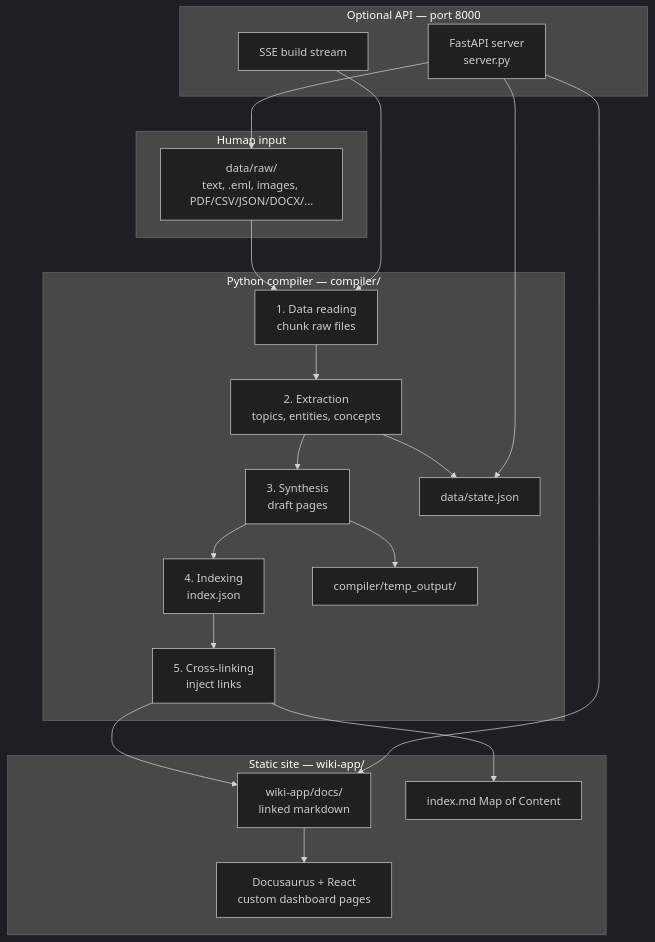
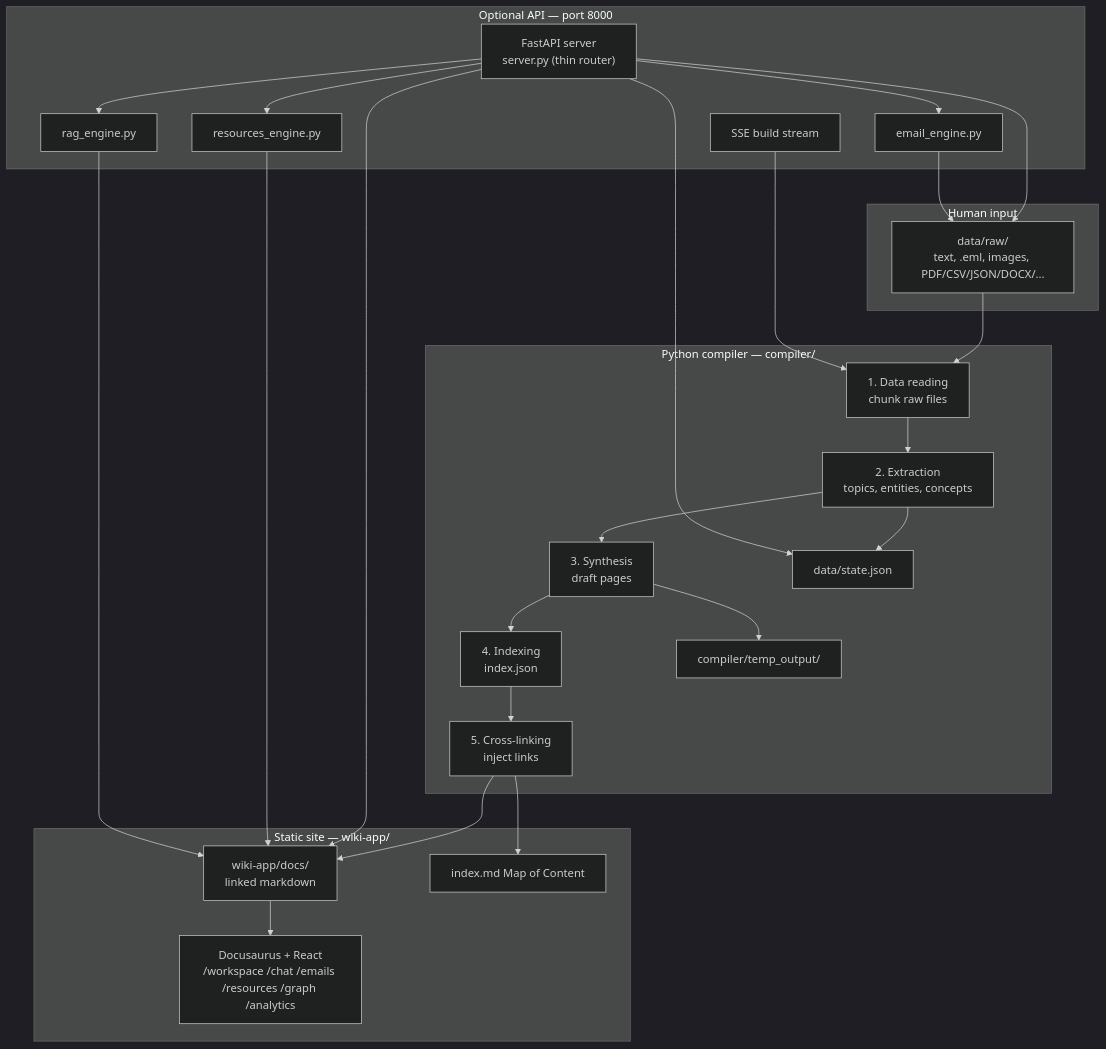
The diagram in README.md (navidfalah/wiki), drawn with Mermaid (dark theme) before and after one commit. The commit also changed other lines of this file, not shown here.

Commit message:
Reflect email/resources/chat engines in the README overview and architecture diagram
The API/routes tables were already updated when the engines landed; this
fills in the parts that were still describing the pre-engine architecture:
the project overview paragraph, the mermaid diagram (now shows
email_engine.py/resources_engine.py/rag_engine.py and the /chat /emails
/resources routes), the layer table, and the quick-start pointer to the new
dashboard pages.

Claude-Session: https://claude.ai/code/session_019VQw3mDkUE4uSzxzLrF5Kw

````diff
--- a/README.md
+++ b/README.md
@@ -35,39 +37,48 @@
 ```mermaid
 flowchart TB
     subgraph input [Human input]
         RAW["data/raw/<br/>text, .eml, images, PDF/CSV/JSON/DOCX/..."]
     end
 
     subgraph compiler [Python compiler — compiler/]
         S1["1. Data reading<br/>chunk raw files"]
         S2["2. Extraction<br/>topics, entities, concepts"]
         S3["3. Synthesis<br/>draft pages"]
         S4["4. Indexing<br/>index.json"]
         S5["5. Cross-linking<br/>inject links"]
         TEMP["compiler/temp_output/"]
         STATE["data/state.json"]
         S1 --> S2 --> S3 --> S4 --> S5
         S3 --> TEMP
         S2 --> STATE
     end
 
     subgraph output [Static site — wiki-app/]
         DOCS["wiki-app/docs/<br/>linked markdown"]
         MOC["index.md Map of Content"]
-        DOCUSAURUS["Docusaurus + React<br/>custom dashboard pages"]
+        DOCUSAURUS["Docusaurus + React<br/>/workspace /chat /emails /resources /graph /analytics"]
     end
 
     subgraph api [Optional API — port 8000]
-        FASTAPI["FastAPI server<br/>server.py"]
+        FASTAPI["FastAPI server<br/>server.py (thin router)"]
         SSE["SSE build stream"]
+        EMAILENG["email_engine.py"]
+        RESENG["resources_engine.py"]
+        RAGENG["rag_engine.py"]
     end
 
     RAW --> S1
     S5 --> DOCS
     S5 --> MOC
     DOCS --> DOCUSAURUS
     FASTAPI --> RAW
     FASTAPI --> DOCS
     FASTAPI --> STATE
     SSE --> S1
+    FASTAPI --> EMAILENG
+    FASTAPI --> RESENG
+    FASTAPI --> RAGENG
+    EMAILENG --> RAW
+    RESENG --> DOCS
+    RAGENG --> DOCS
 ```
````
